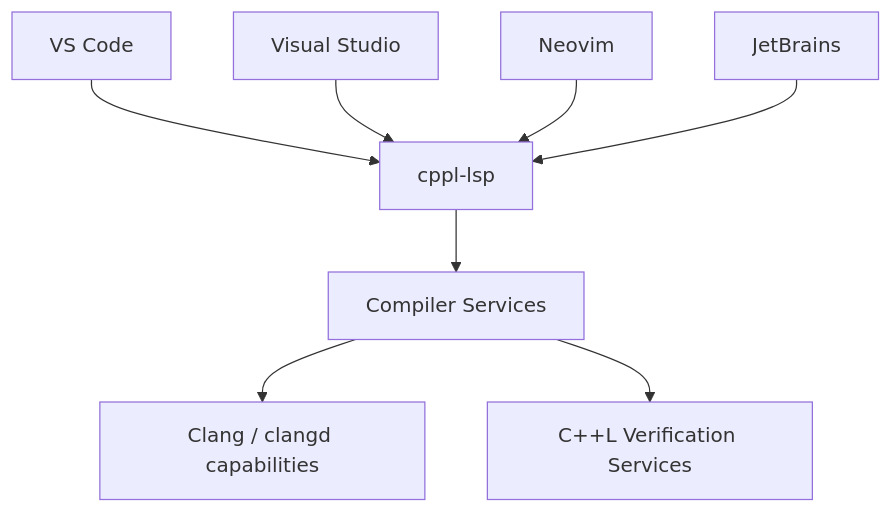
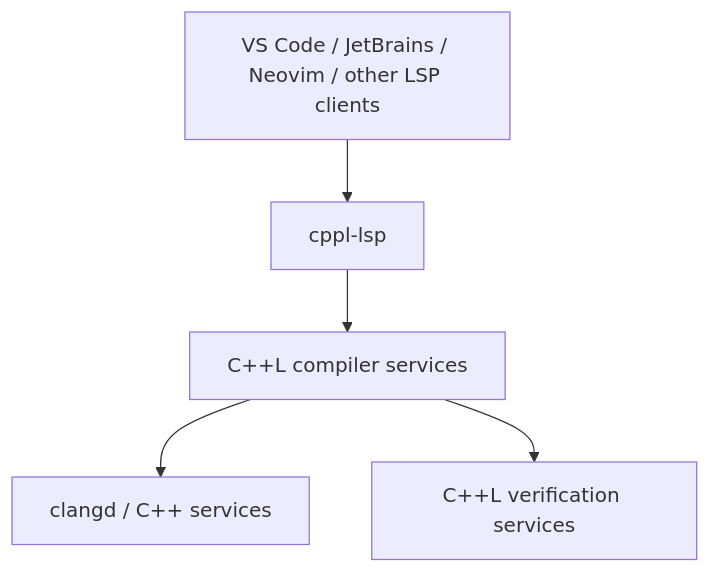
Before and after one commit to MattCCC/cppl: the fifth of 6 diagrams in docs/ARCHITECTURE.md, drawn with Mermaid. The commit also changed other lines of this file, not shown here.

Commit message:
docs: Update architecture doc

````diff
--- a/docs/ARCHITECTURE.md
+++ b/docs/ARCHITECTURE.md
@@ -1621,22 +2435,13 @@
 ```mermaid
 flowchart TD
-    VSC["VS Code"]
-    VS["Visual Studio"]
-    NV["Neovim"]
-    JB["JetBrains"]
+    EDITORS["VS Code / JetBrains / Neovim / other LSP clients"]
+    LSP["cppl-lsp"]
+    SERVICES["C++L compiler services"]
+    CLANGD["clangd / C++ services"]
+    VERIFY["C++L verification services"]
 
-    LSP["cppl-lsp"]
-
-    SERVICE["Compiler Services"]
-    CLANGD["Clang / clangd capabilities"]
-    VERIFY["C++L Verification Services"]
-
-    VSC --> LSP
-    VS --> LSP
-    NV --> LSP
-    JB --> LSP
-
-    LSP --> SERVICE
-    SERVICE --> CLANGD
-    SERVICE --> VERIFY
+    EDITORS --> LSP
+    LSP --> SERVICES
+    SERVICES --> CLANGD
+    SERVICES --> VERIFY
 ```
````
